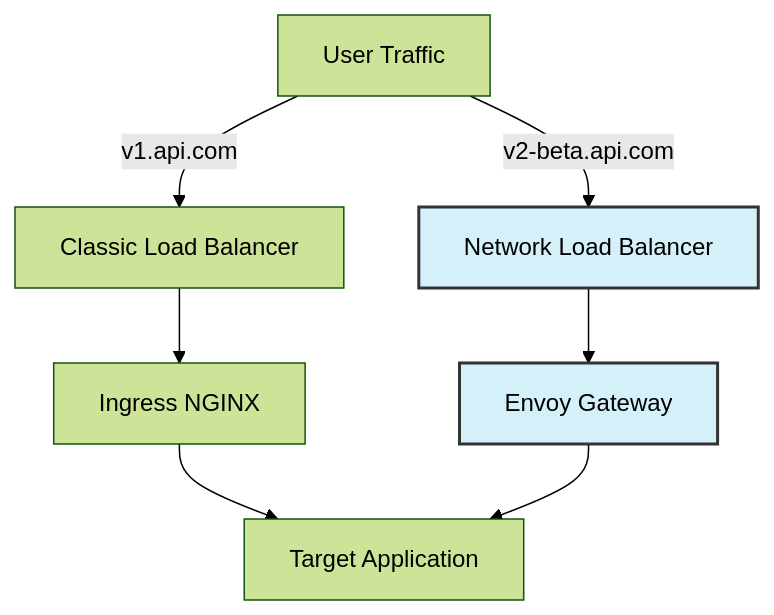
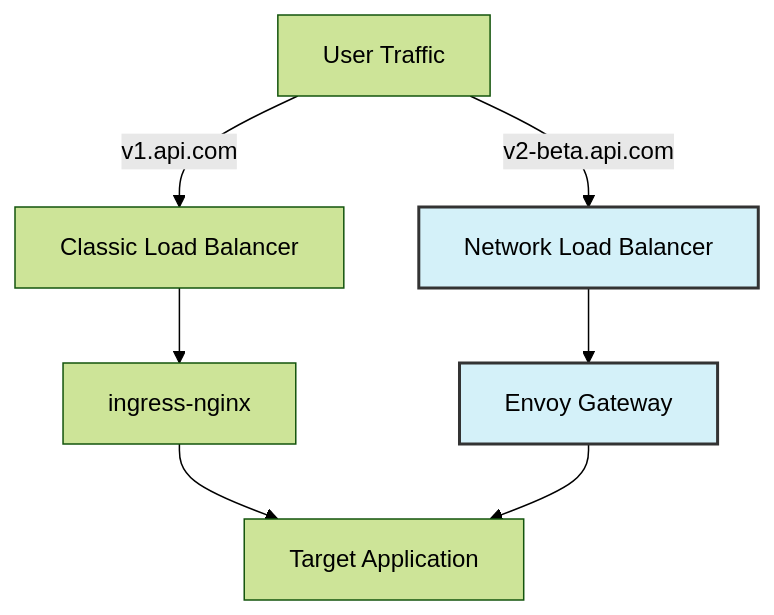
Before and after one commit to giantswarm/docs: the diagram in src/content/tutorials/connectivity/gateway-api/ingress-nginx-migration/index.md, drawn with Mermaid (forest theme). The commit also changed other lines of this file, not shown here.

````diff
--- a/src/content/tutorials/connectivity/gateway-api/ingress-nginx-migration/index.md
+++ b/src/content/tutorials/connectivity/gateway-api/ingress-nginx-migration/index.md
@@ -487,24 +487,24 @@
 ```mermaid
 graph TD
     User[User Traffic]
     LB_Nginx[Classic Load Balancer]
     LB_Envoy[Network Load Balancer]
 
-    Ingress[Ingress NGINX]
+    Ingress[ingress-nginx]
     Gateway[Envoy Gateway]
 
     App[Target Application]
 
     User -->|v1.api.com| LB_Nginx
     User -->|v2-beta.api.com| LB_Envoy
 
     LB_Nginx --> Ingress
     LB_Envoy --> Gateway
 
     Ingress --> App
     Gateway --> App
 
     style LB_Envoy fill:#d4f1f9,stroke:#333,stroke-width:2px
     style Gateway fill:#d4f1f9,stroke:#333,stroke-width:2px
 
 ```
````
